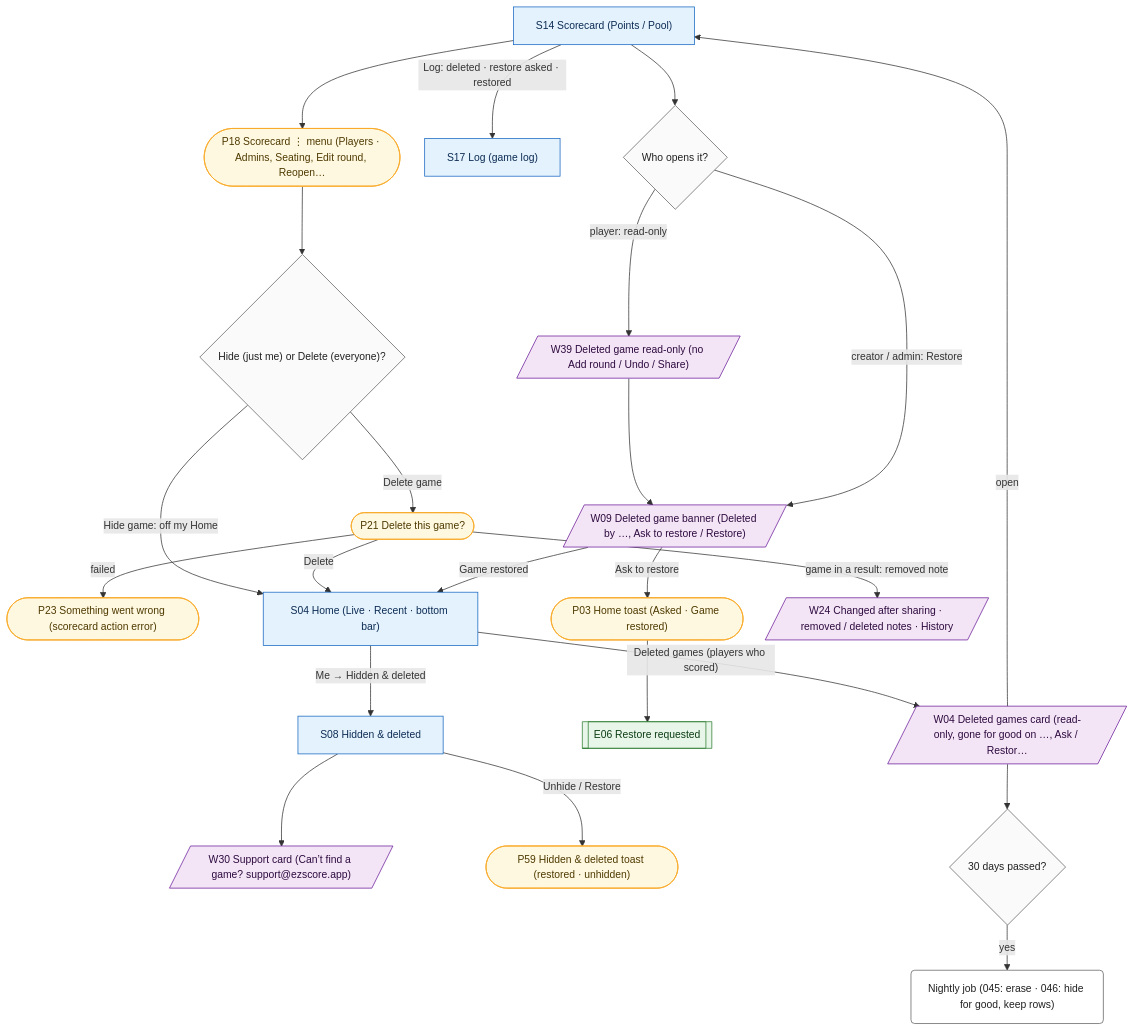
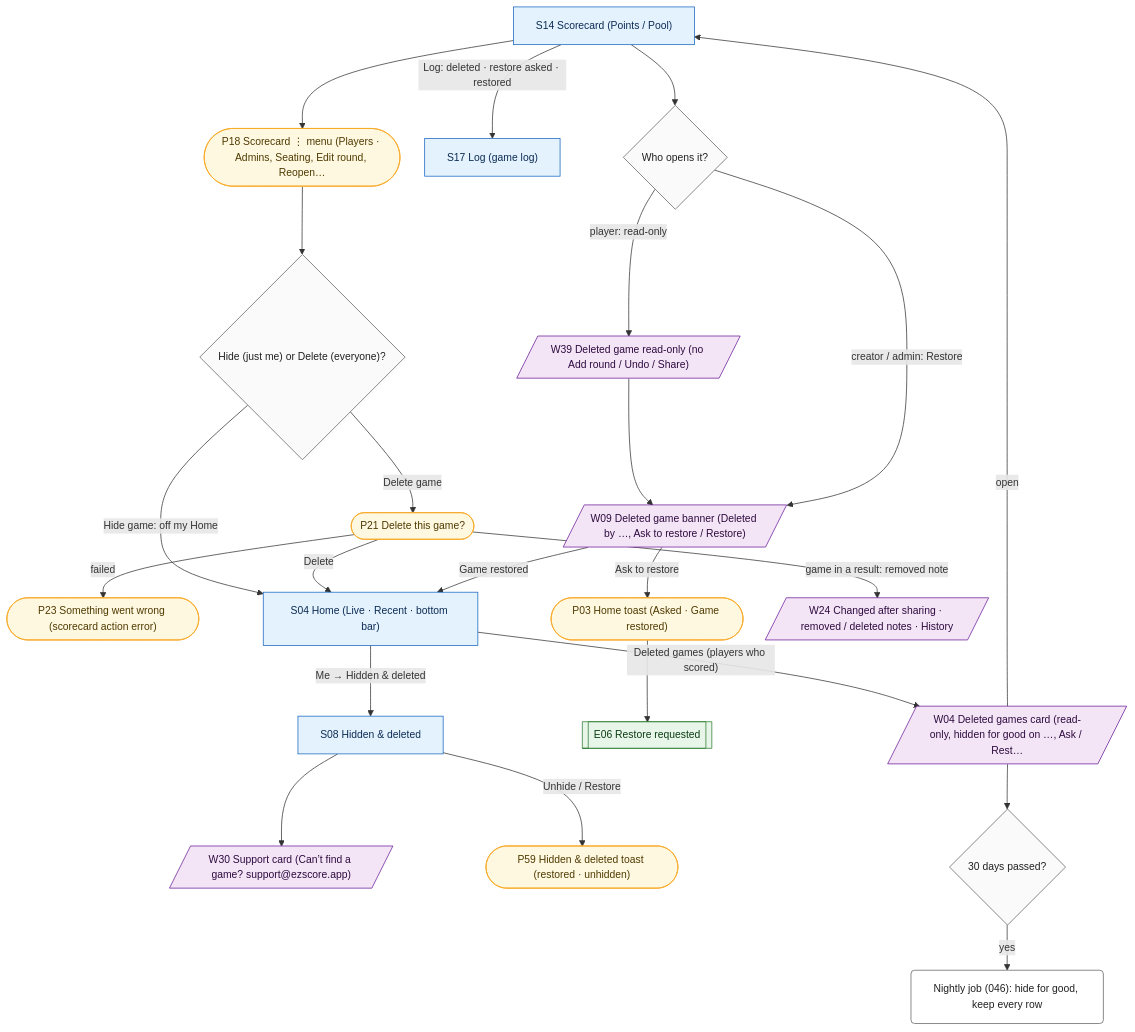
The diagram in rummy-home3/docs/flows/mmd/F13-delete-hide-restore-deleted-games.mmd (sreeatcandorps/RummyHome), drawn with Mermaid before and after one commit. The commit also changed 30 other files, not shown here.

Commit message:
Docs: 046 decision in going-rogue spec, X22 test rows, timeline, flows F13/W04 regenerated

```diff
--- a/rummy-home3/docs/flows/mmd/F13-delete-hide-restore-deleted-games.mmd
+++ b/rummy-home3/docs/flows/mmd/F13-delete-hide-restore-deleted-games.mmd
@@ -1,52 +1,52 @@
 %%{init: {"flowchart": {"wrappingWidth": 230, "nodeSpacing": 30, "rankSpacing": 40}, "themeVariables": {"fontSize": "14px"}}}%%
 flowchart TD
   s14["S14 Scorecard (Points / Pool)"]:::screen
   p18(["P18 Scorecard ⋮ menu (Players · Admins, Seating, Edit round, Reopen…"]):::popup
   p21(["P21 Delete this game?"]):::popup
   p23(["P23 Something went wrong (scorecard action error)"]):::popup
   s04["S04 Home (Live · Recent · bottom bar)"]:::screen
-  w04[/"W04 Deleted games card (read-only, gone for good on …, Ask / Restor…"/]:::warning
+  w04[/"W04 Deleted games card (read-only, hidden for good on …, Ask / Rest…"/]:::warning
   w09[/"W09 Deleted game banner (Deleted by …, Ask to restore / Restore)"/]:::warning
   w39[/"W39 Deleted game read-only (no Add round / Undo / Share)"/]:::warning
   p03(["P03 Home toast (Asked · Game restored)"]):::popup
   e06[["E06 Restore requested"]]:::email
   s08["S08 Hidden & deleted"]:::screen
   w30[/"W30 Support card (Can’t find a game? support@ezscore.app)"/]:::warning
   p59(["P59 Hidden & deleted toast (restored · unhidden)"]):::popup
   s17["S17 Log (game log)"]:::screen
   w24[/"W24 Changed after sharing · removed / deleted notes · History"/]:::warning
   which{"Hide (just me) or Delete (everyone)?"}:::decision
   who{"Who opens it?"}:::decision
   days{"30 days passed?"}:::decision
-  purge("Nightly job (045: erase · 046: hide for good, keep rows)"):::step
+  purge("Nightly job (046): hide for good, keep every row"):::step
   s14 --> p18
   p18 --> which
   which -->|"Hide game: off my Home"| s04
   which -->|"Delete game"| p21
   p21 -->|"Delete"| s04
   p21 -->|"failed"| p23
   s04 -->|"Deleted games (players who scored)"| w04
   w04 -->|"open"| s14
   s14 --> who
   who -->|"player: read-only"| w39
   w39 --> w09
   w09 -->|"Ask to restore"| p03
   p03 --> e06
   who -->|"creator / admin: Restore"| w09
   w09 -->|"Game restored"| s04
   s04 -->|"Me → Hidden & deleted"| s08
   s08 -->|"Unhide / Restore"| p59
   s08 --> w30
   w04 --> days
   days -->|"yes"| purge
   s14 -->|"Log: deleted · restore asked · restored"| s17
   p21 -->|"game in a result: removed note"| w24
   classDef screen fill:#e3f2fd,stroke:#1565c0,color:#0d2c54
   classDef popup fill:#fff8e1,stroke:#f9a825,color:#4e3a00
   classDef warning fill:#f3e5f5,stroke:#6a1b9a,color:#2e0b40
   classDef email fill:#e8f5e9,stroke:#2e7d32,color:#0b3d12
   classDef step fill:#ffffff,stroke:#616161,color:#212121
   classDef decision fill:#fafafa,stroke:#616161,color:#212121
   classDef stop fill:#eeeeee,stroke:#424242,color:#212121
   classDef flow fill:#e3f2fd,stroke:#1565c0,color:#0d2c54
   classDef gap fill:#fde2e2,stroke:#c62828,color:#7f0000,stroke-width:2px
```
